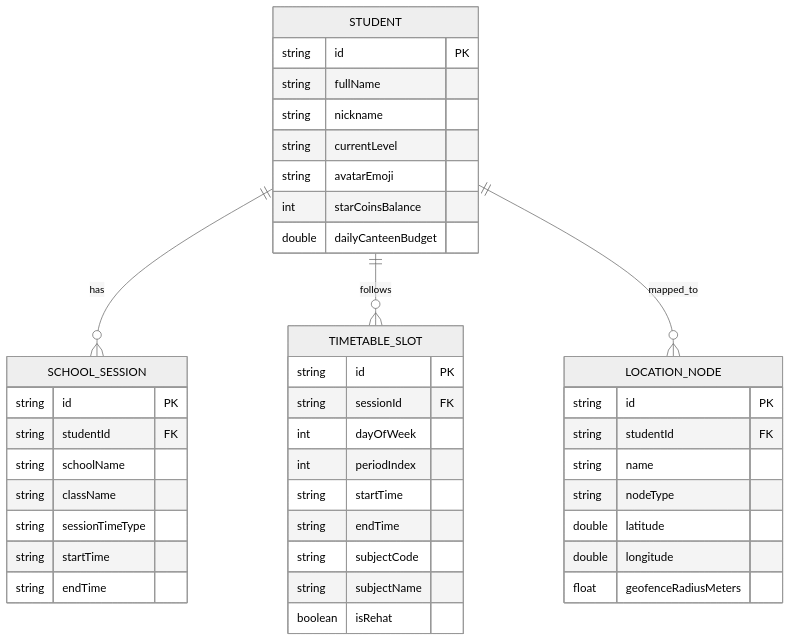
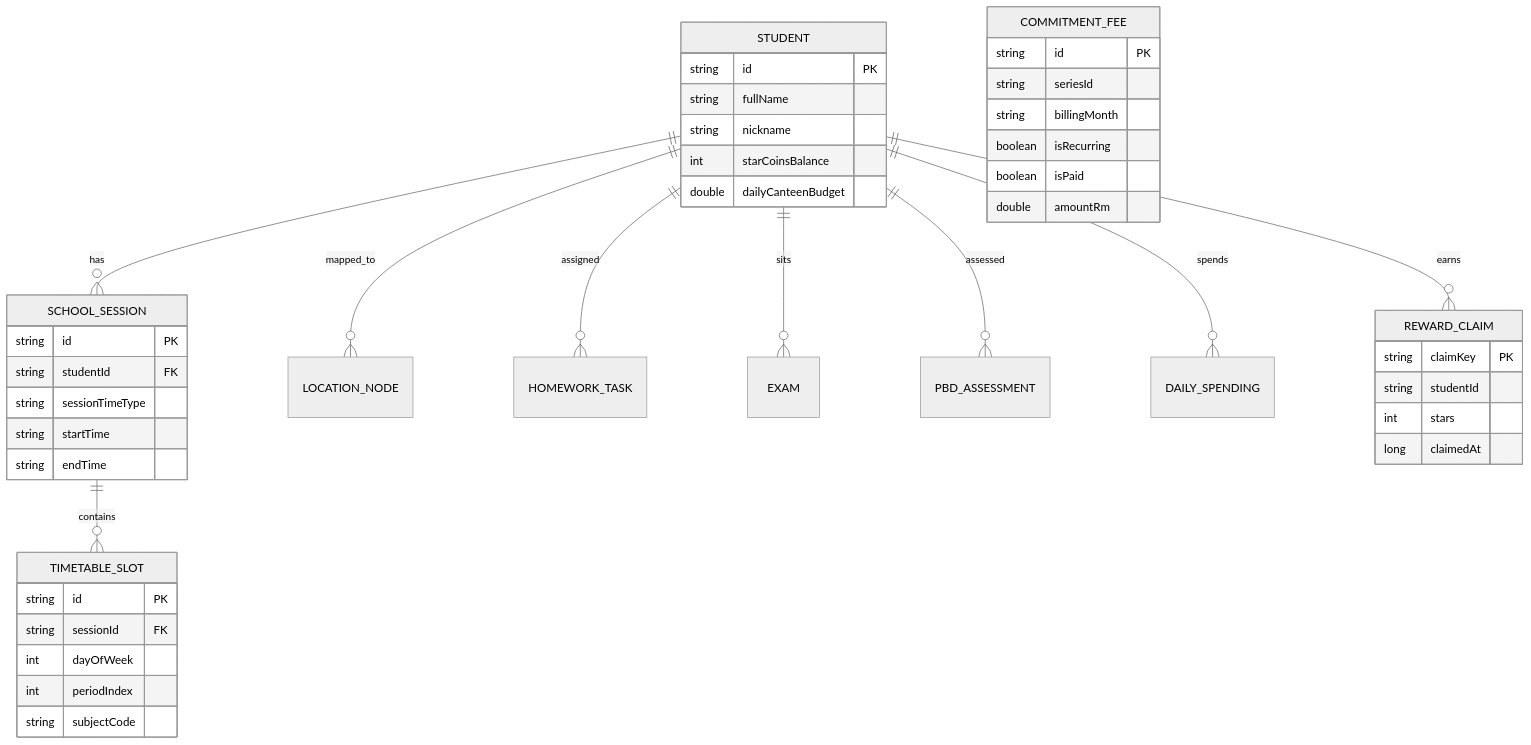
One commit to manaphassan/Slotify changed the third of 3 diagrams in MASTER_DOCUMENTATION.md. Above: the diagram before and after it, drawn with Mermaid (neutral theme). The commit also changed other lines of this file and 60 other files, not shown here.

````diff
--- a/MASTER_DOCUMENTATION.md
+++ b/MASTER_DOCUMENTATION.md
@@ -216,48 +238,47 @@
 ```mermaid
 erDiagram
     STUDENT ||--o{ SCHOOL_SESSION : has
-    STUDENT ||--o{ TIMETABLE_SLOT : follows
+    SCHOOL_SESSION ||--o{ TIMETABLE_SLOT : contains
     STUDENT ||--o{ LOCATION_NODE : mapped_to
+    STUDENT ||--o{ HOMEWORK_TASK : assigned
+    STUDENT ||--o{ EXAM : sits
+    STUDENT ||--o{ PBD_ASSESSMENT : assessed
+    STUDENT ||--o{ DAILY_SPENDING : spends
+    STUDENT ||--o{ REWARD_CLAIM : earns
 
     STUDENT {
         string id PK
         string fullName
         string nickname
-        string currentLevel
-        string avatarEmoji
         int starCoinsBalance
         double dailyCanteenBudget
     }
-
     SCHOOL_SESSION {
         string id PK
         string studentId FK
-        string schoolName
-        string className
         string sessionTimeType
         string startTime
         string endTime
     }
-
     TIMETABLE_SLOT {
         string id PK
         string sessionId FK
         int dayOfWeek
         int periodIndex
-        string startTime
-        string endTime
         string subjectCode
-        string subjectName
-        boolean isRehat
     }
-
-    LOCATION_NODE {
+    COMMITMENT_FEE {
         string id PK
-        string studentId FK
-        string name
-        string nodeType
-        double latitude
-        double longitude
-        float geofenceRadiusMeters
+        string seriesId
+        string billingMonth
+        boolean isRecurring
+        boolean isPaid
+        double amountRm
+    }
+    REWARD_CLAIM {
+        string claimKey PK
+        string studentId
+        int stars
+        long claimedAt
     }
 ```
````
